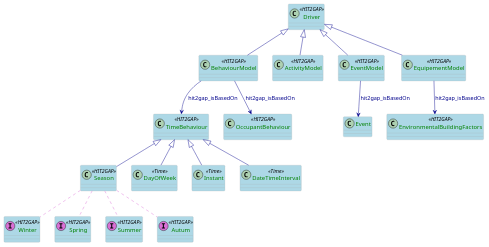
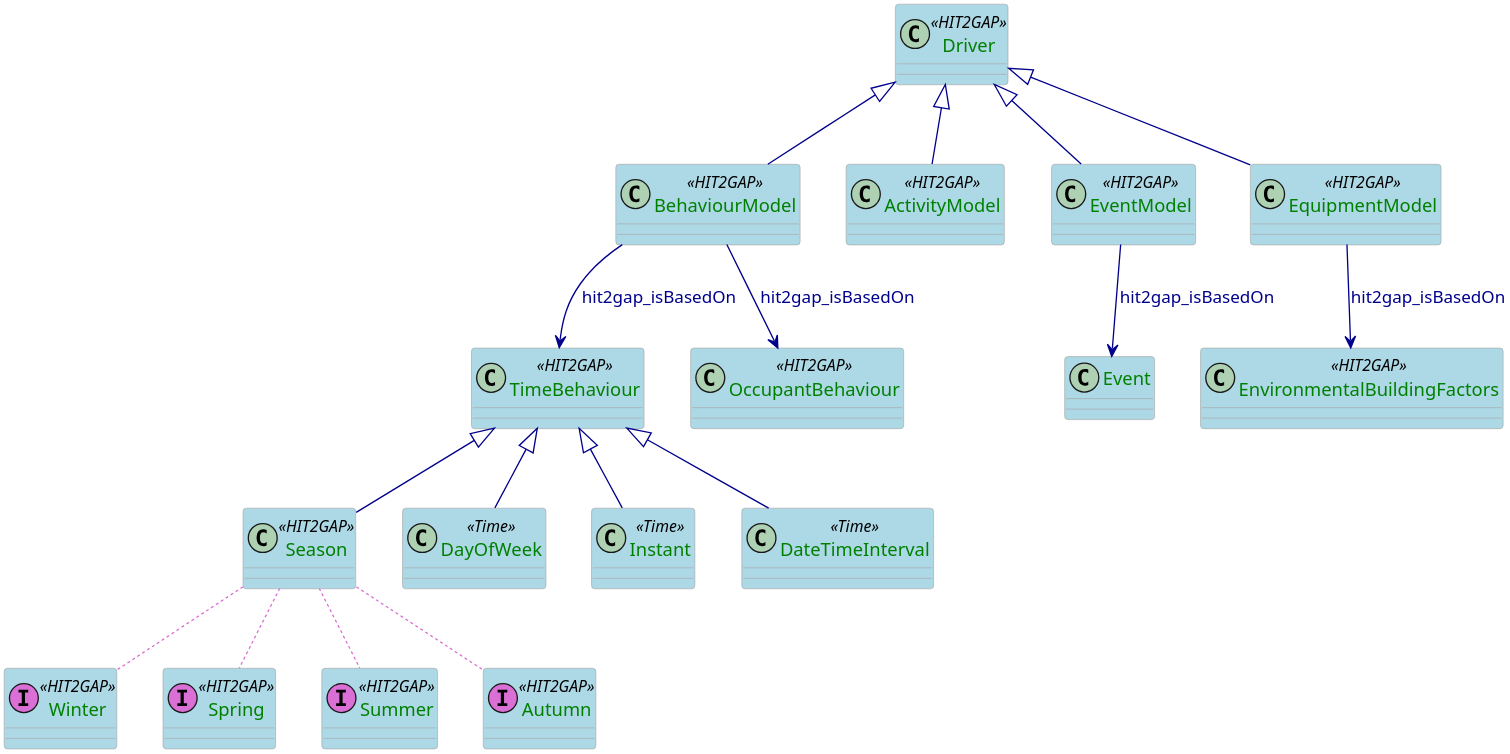
One commit to HIT2GAP-EU-PROJECT/BEMOnt changed the diagram in plantuml/DriversSpecificationModel.puml. Above: the diagram before and after it, drawn with PlantUML. The commit also changed 29 other files, not shown here.

```diff
--- a/plantuml/DriversSpecificationModel.puml
+++ b/plantuml/DriversSpecificationModel.puml
@@ -1,85 +1,86 @@
 @startuml
 
 skinparam class {
   ArrowColor DarkBlue
   ArrowFontColor DarkBlue
   BackgroundColor LightBlue
   BorderColor DarkGrey
 }
+skinparam dpi 300
 skinparam stereotypeCBackgroundColor Wheat
 skinparam classAttributeFontColor  Green
 
 class Driver <<HIT2GAP>>{
 
 }
 class BehaviourModel <<HIT2GAP>>{
 }
 class ActivityModel <<HIT2GAP>>{
 }
 
 class EventModel <<HIT2GAP>>{
 }
 
-class EquipementModel <<HIT2GAP>>{
+class EquipmentModel <<HIT2GAP>>{
 }
 class TimeBehaviour <<HIT2GAP>>{
 
 }
 
 class Season <<HIT2GAP>>{
 
 }
 
 class Winter <<(I,orchid) HIT2GAP>>{
 
 }
 class Spring <<(I,orchid) HIT2GAP>>{
 
 }
 class Summer <<(I,orchid) HIT2GAP>>{
 
 }
-class Autum <<(I,orchid) HIT2GAP>>{
+class Autumn <<(I,orchid) HIT2GAP>>{
 
 }
 
 class DayOfWeek <<Time>>{
 
 }
 class OccupantBehaviour<<HIT2GAP>>{
 
 }
 class EnvironmentalBuildingFactors <<HIT2GAP>>{
 
 }
 class Instant <<Time>>{
 
 }
 
 class DateTimeInterval <<Time>>{
 
 }
 
 
 
 Driver <|-- BehaviourModel
 Driver <|-- ActivityModel
 Driver <|-- EventModel
-Driver <|-- EquipementModel
+Driver <|-- EquipmentModel
 
 EventModel --> Event: hit2gap_isBasedOn 
-EquipementModel --> EnvironmentalBuildingFactors: hit2gap_isBasedOn
+EquipmentModel --> EnvironmentalBuildingFactors: hit2gap_isBasedOn
 BehaviourModel --> TimeBehaviour: hit2gap_isBasedOn
 BehaviourModel --> OccupantBehaviour:hit2gap_isBasedOn
 
 TimeBehaviour <|-- Season
 TimeBehaviour <|-- Instant
 TimeBehaviour <|-- DayOfWeek
 TimeBehaviour <|-- DateTimeInterval
 Season ..[#orchid] Winter
 Season..[#orchid] Summer
 Season..[#orchid] Spring
-Season..[#orchid] Autum
+Season..[#orchid] Autumn
 
 
 @enduml
```
